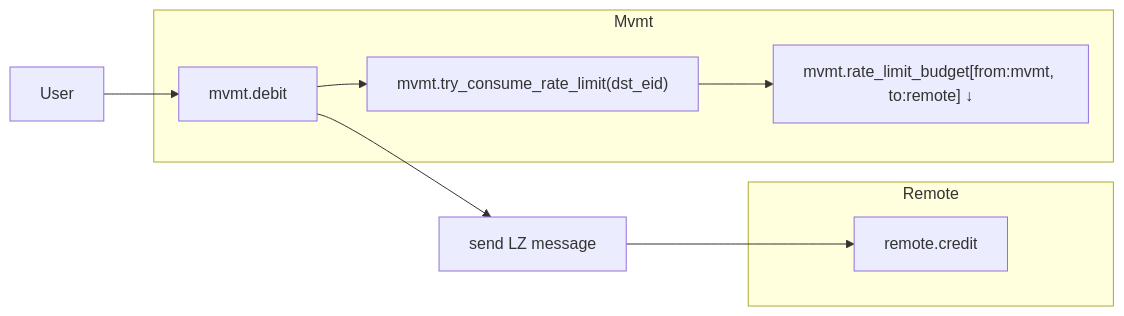
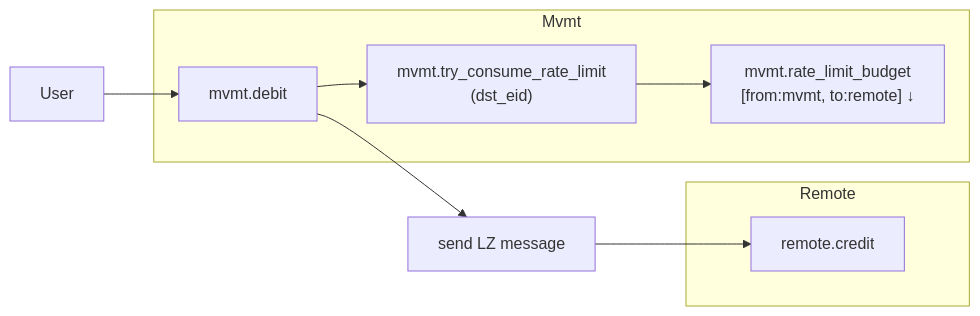
The fourth of 5 diagrams in MIP/mip-x/README.md (movementlabsxyz/MIP), drawn with Mermaid before and after one commit. The commit also changed other lines of this file, not shown here.

Commit message:
improve formats of diagrams

````diff
--- a/MIP/mip-x/README.md
+++ b/MIP/mip-x/README.md
@@ -175,16 +175,16 @@
 ```mermaid
 flowchart LR
     User --> mvmt.debit
 
     subgraph Mvmt
-        mvmt.debit --> consume_dst["mvmt.try_consume_rate_limit(dst_eid)"]
-        consume_dst --> mvmt_rl_remote["mvmt.rate_limit_budget[from:mvmt, to:remote] ↓"]
+        mvmt.debit --> consume_dst["mvmt.try_consume_rate_limit<br/>(dst_eid)"]
+        consume_dst --> mvmt_rl_remote["mvmt.rate_limit_budget<br/>[from:mvmt, to:remote] ↓"]
     end
 
     mvmt.debit --> send["send LZ message"]
     send --> remote.credit
 
     subgraph Remote
         remote.credit
     end
 ```
````
